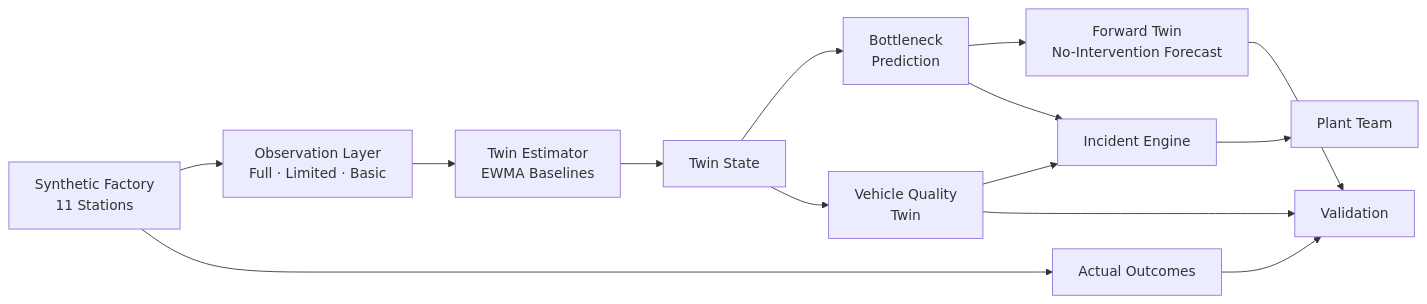
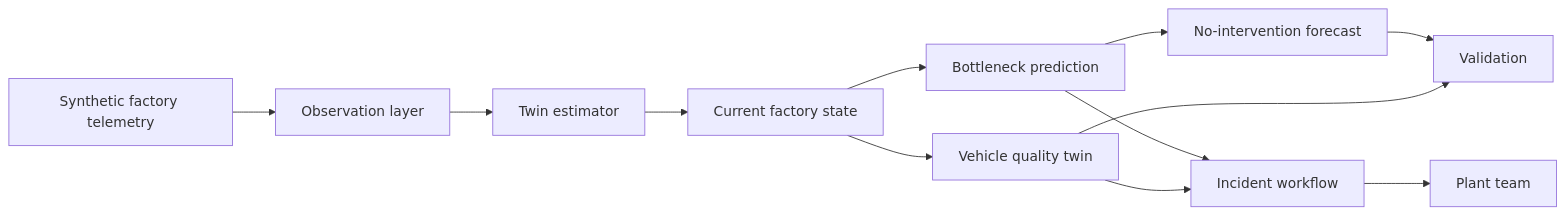
One commit to amn1704/LineLens-DigitalTwin changed the diagram in README.md. Above: the diagram before and after it, drawn with Mermaid. The commit also changed other lines of this file and 24 other files, not shown here.

````diff
--- a/README.md
+++ b/README.md
@@ -94,16 +44,14 @@
 ```mermaid
 flowchart LR
-    A["Synthetic Factory<br/>11 Stations"] --> B["Observation Layer<br/>Full · Limited · Basic"]
-    B --> C["Twin Estimator<br/>EWMA Baselines"]
-    C --> D["Twin State"]
-    D --> E["Bottleneck<br/>Prediction"]
-    D --> F["Vehicle Quality<br/>Twin"]
-    E --> G["Forward Twin<br/>No-Intervention Forecast"]
-    E --> H["Incident Engine"]
+    A[Synthetic factory telemetry] --> B[Observation layer]
+    B --> C[Twin estimator]
+    C --> D[Current factory state]
+    D --> E[Bottleneck prediction]
+    D --> F[Vehicle quality twin]
+    E --> G[No-intervention forecast]
+    E --> H[Incident workflow]
     F --> H
-    H --> I["Plant Team"]
-    A --> J["Actual Outcomes"]
-    G --> K["Validation"]
-    F --> K
-    J --> K
+    G --> I[Validation]
+    F --> I
+    H --> J[Plant team]
 ```
````
